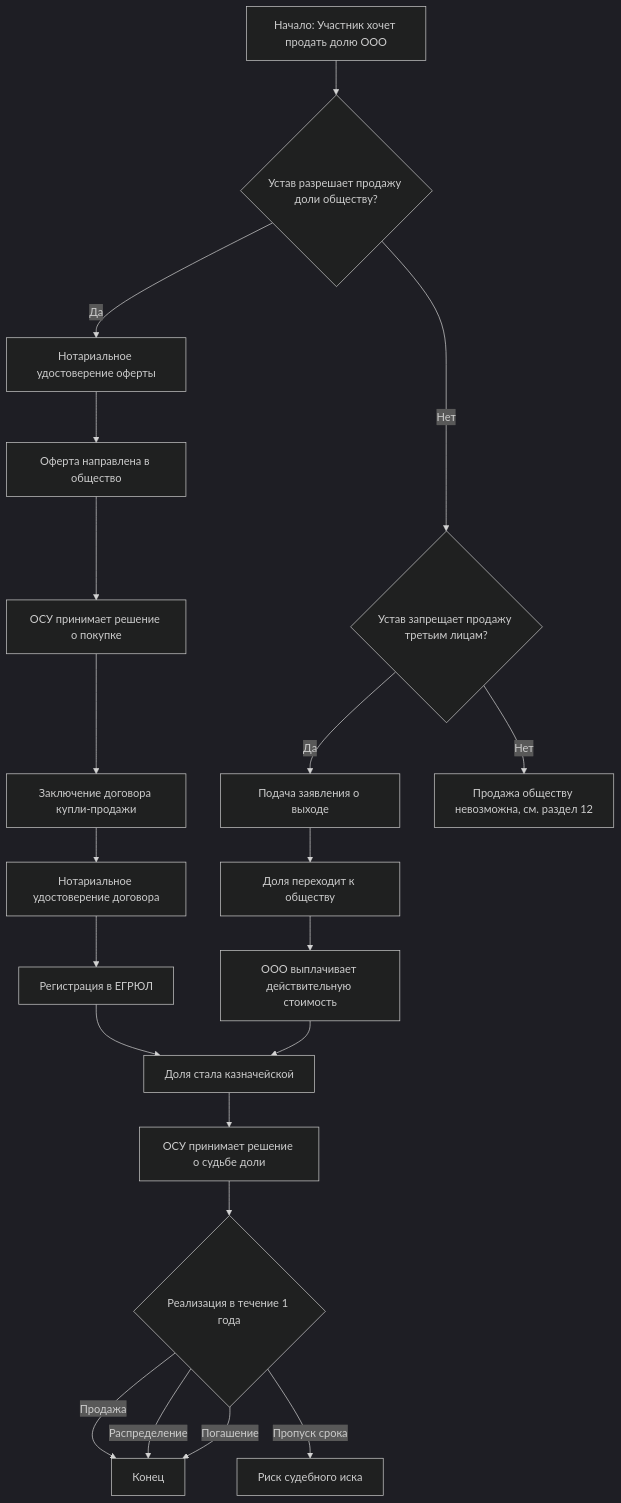
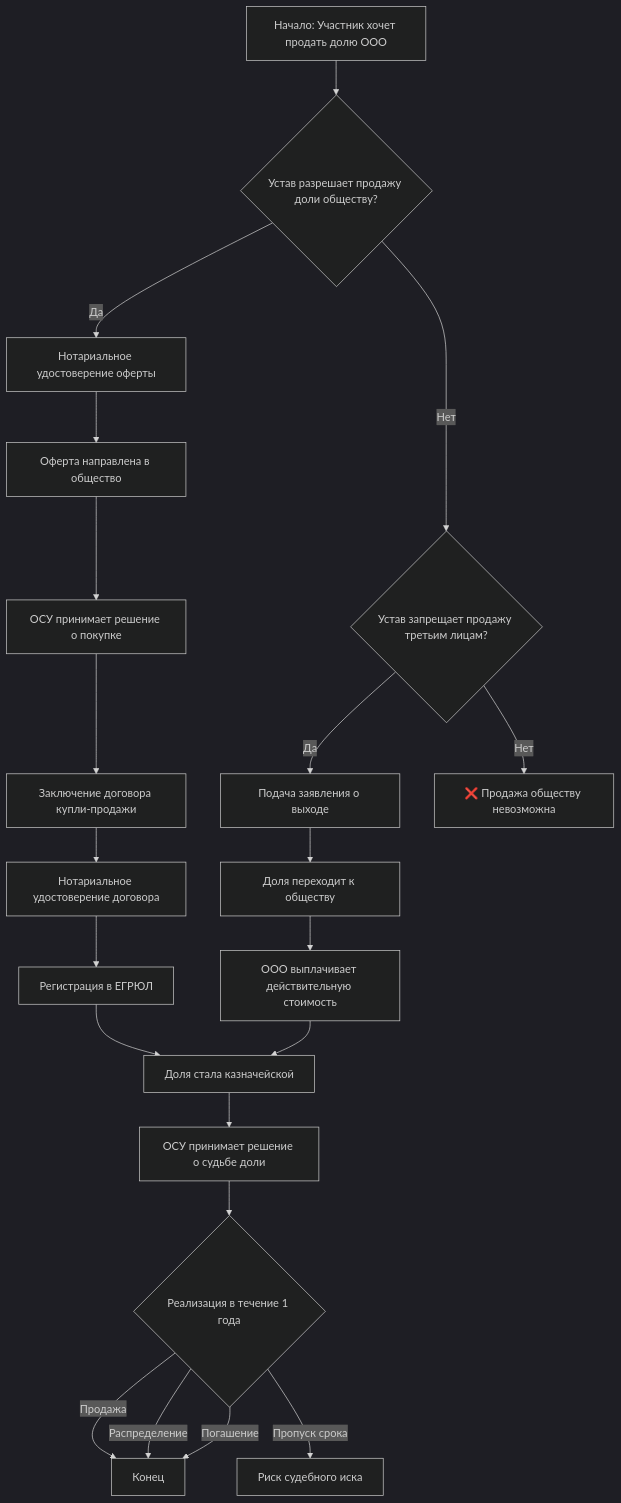
One commit to arsenyuk/SamorodinkaTech.Fiducia changed the first of 4 diagrams in docs/business-processes/llc-share-purchase-sale.md. Above: the diagram before and after it, drawn with Mermaid (dark theme). The commit also changed other lines of this file, not shown here.

Commit message:
docs(llc): уточнить тупиковый узел — оба варианта (участникам/третьим лицам) вместо ссылки только на раздел 12

````diff
--- a/docs/business-processes/llc-share-purchase-sale.md
+++ b/docs/business-processes/llc-share-purchase-sale.md
@@ -119,23 +119,23 @@
 ```mermaid
 flowchart TD
     A["Начало: Участник хочет продать долю ООО"] --> B{Устав разрешает продажу доли обществу?}
     B -->|Да| F["Нотариальное удостоверение оферты"]
     F --> G["Оферта направлена в общество"]
     G --> H["ОСУ принимает решение о покупке"]
     H --> I["Заключение договора купли-продажи"]
     I --> J["Нотариальное удостоверение договора"]
     J --> K["Регистрация в ЕГРЮЛ"]
     K --> L["Доля стала казначейской"]
     L --> M["ОСУ принимает решение о судьбе доли"]
     M --> N{Реализация в течение 1 года}
     N -->|Продажа| O["Конец"]
     N -->|Распределение| O
     N -->|Погашение| O
     N -->|"Пропуск срока"| P["Риск судебного иска"]
     B -->|Нет| C{Устав запрещает продажу третьим лицам?}
     C -->|Да| CC["Подача заявления о выходе"]
     CC --> D["Доля переходит к обществу"]
     D --> E["ООО выплачивает действительную стоимость"]
     E --> L
-    C -->|Нет| Q["Продажа обществу невозможна, см. раздел 12"]
+    C -->|Нет| Q["❌ Продажа обществу невозможна"]
 ```
````
